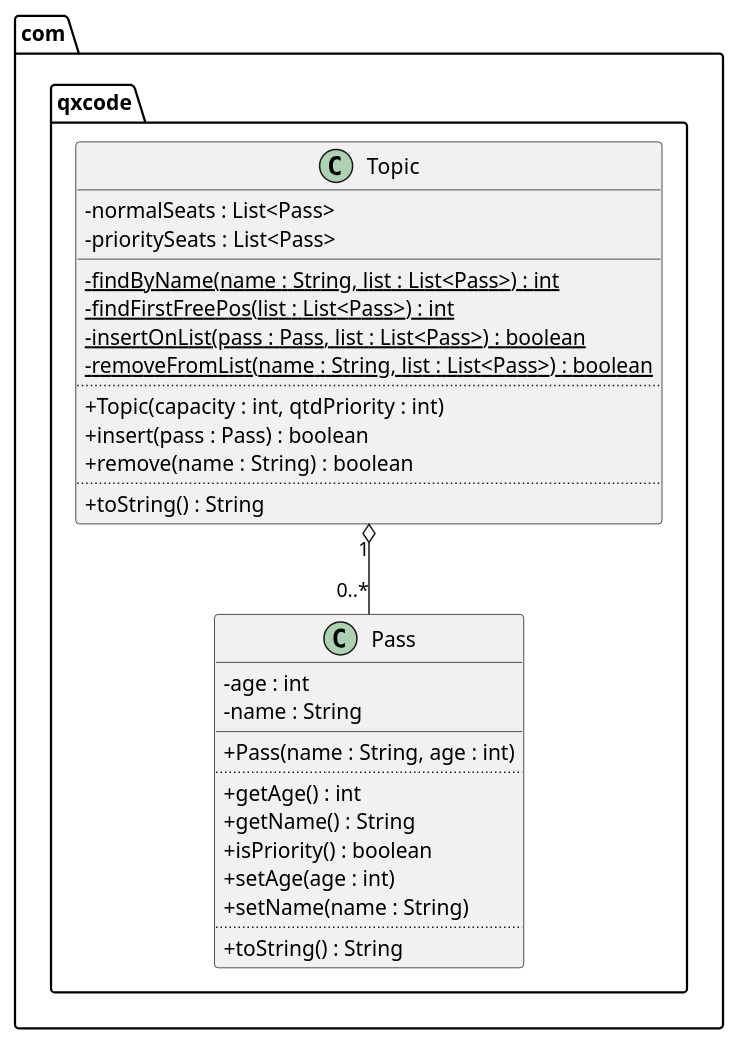
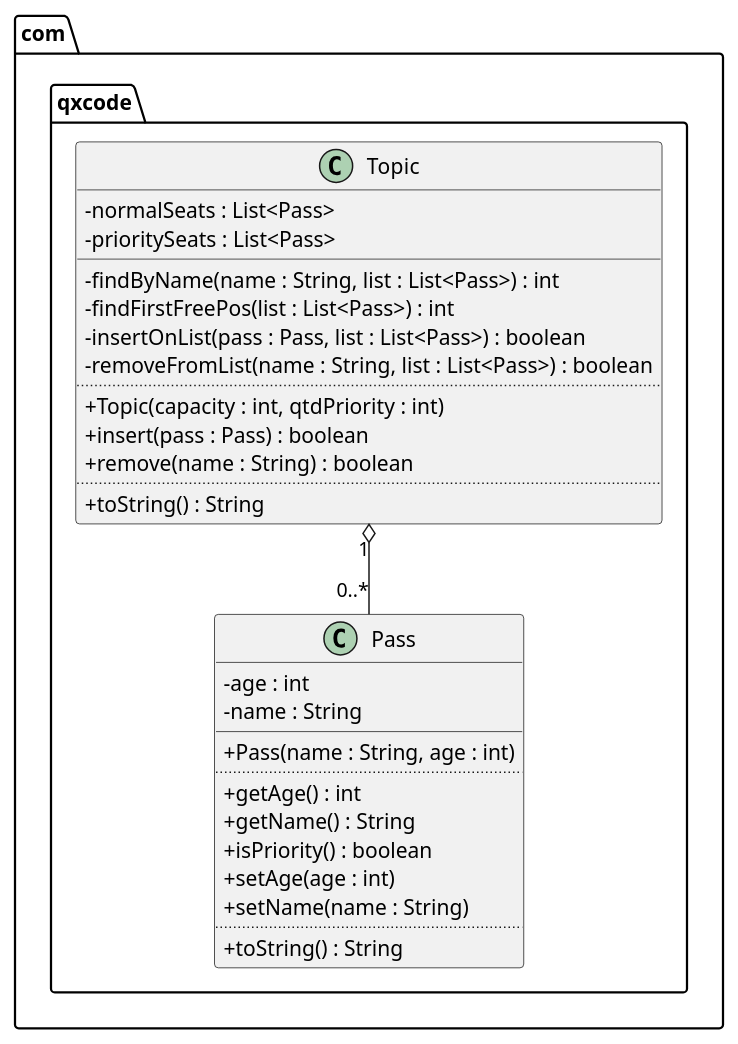
Before and after one commit to Atilio-Luiz/poo_2022_1: the diagram in Trabalhos/013/diagrama.puml, drawn with PlantUML. The commit also changed 3 other files, not shown here.

```diff
--- a/Trabalhos/013/diagrama.puml
+++ b/Trabalhos/013/diagrama.puml
@@ -1,35 +1,35 @@
 @startuml
 skinparam ClassAttributeIconSize 0
 package com.qxcode {
   class Pass {
     - age : int
     - name : String
     __
     + Pass(name : String, age : int)
     ..
     + getAge() : int
     + getName() : String
     + isPriority() : boolean
     + setAge(age : int)
     + setName(name : String)
     ..
     + toString() : String
   }
   class Topic {
     - normalSeats : List<Pass>
     - prioritySeats : List<Pass>
     __
-    - findByName(name : String, list : List<Pass>) : int {static}
-    - findFirstFreePos(list : List<Pass>) : int {static}
-    - insertOnList(pass : Pass, list : List<Pass>) : boolean {static}
-    - removeFromList(name : String, list : List<Pass>) : boolean {static}
+    - findByName(name : String, list : List<Pass>) : int
+    - findFirstFreePos(list : List<Pass>) : int 
+    - insertOnList(pass : Pass, list : List<Pass>) : boolean 
+    - removeFromList(name : String, list : List<Pass>) : boolean 
     ..
     + Topic(capacity : int, qtdPriority : int)
     + insert(pass : Pass) : boolean
     + remove(name : String) : boolean
     ..
     + toString() : String
   }
 }
 Topic "1" o-- "0..*" Pass
 @enduml
```
